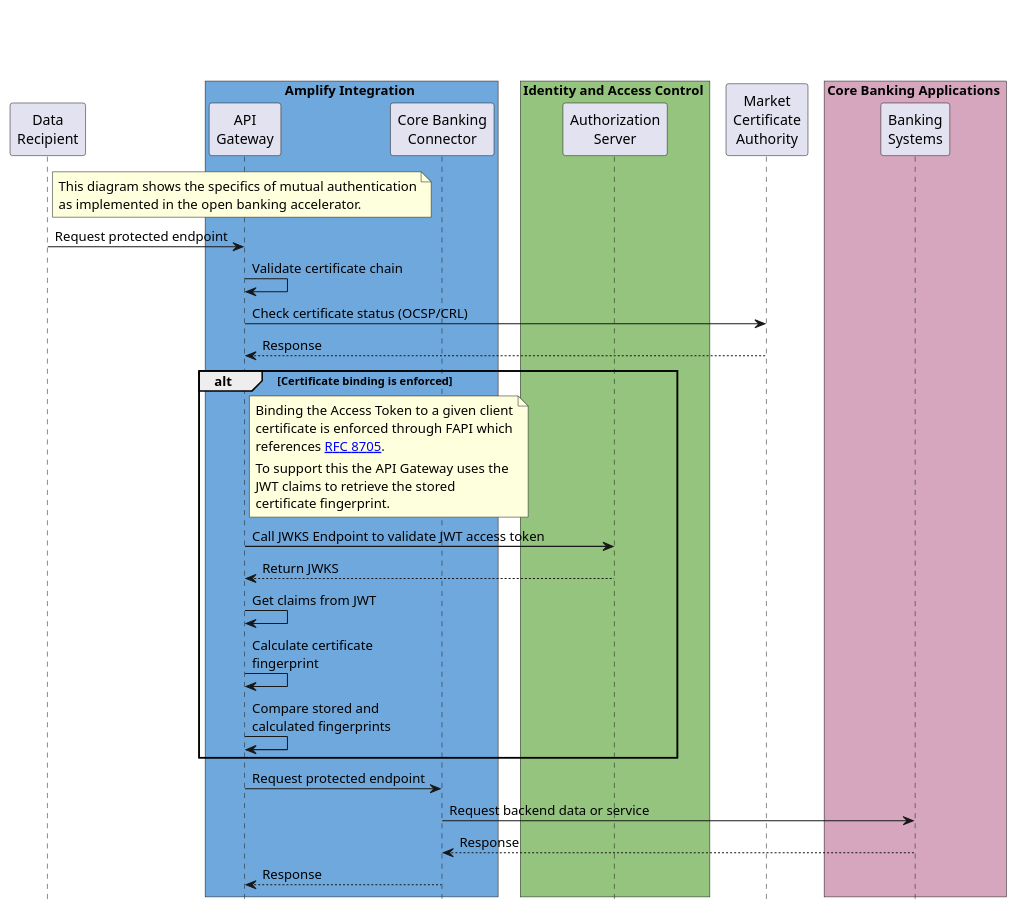
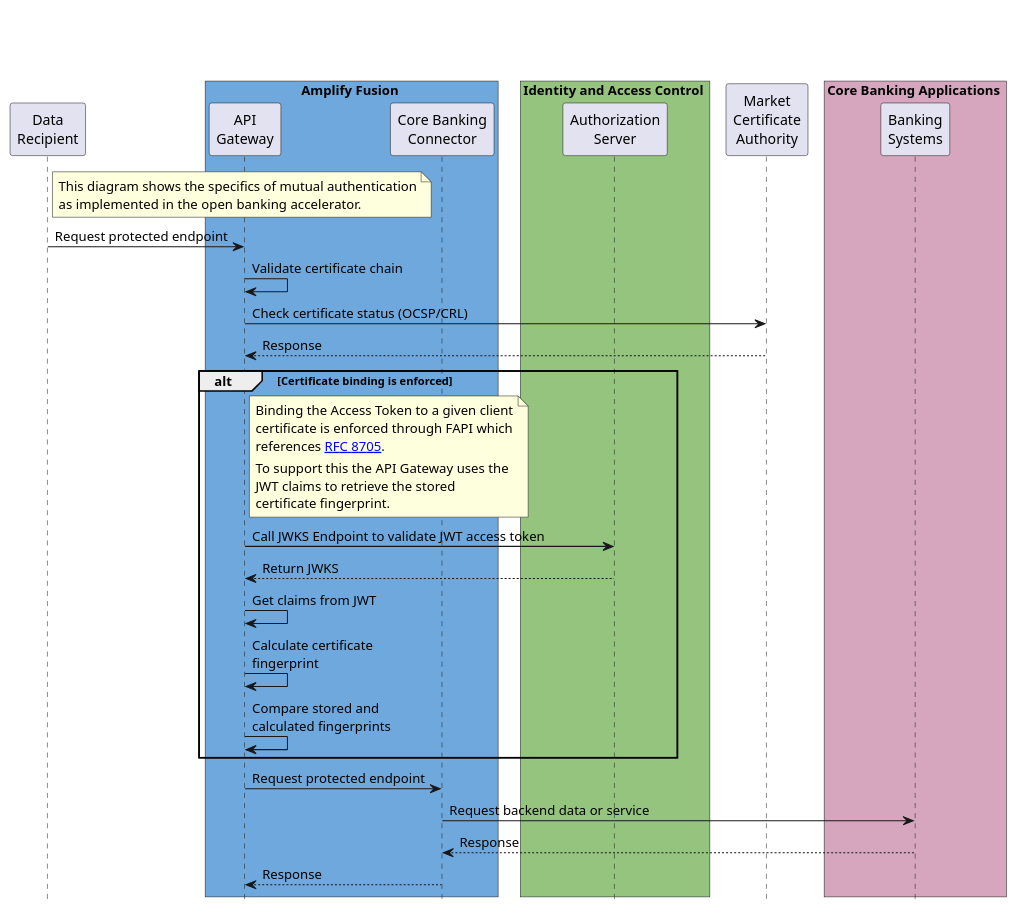
Before and after one commit to Axway/open-banking-docs: the diagram in src/plant-uml/mtls-termination-verification.puml, drawn with PlantUML. The commit also changed 6 other files, not shown here.

Commit message:
Rename Amplify Integration and Amplify Marketplace (#68)

```diff
--- a/src/plant-uml/mtls-termination-verification.puml
+++ b/src/plant-uml/mtls-termination-verification.puml
@@ -1,61 +1,61 @@
 @startuml Mutual_Authentication_Sequence
 
 title \n\n
 
 participant "Data\nRecipient" as DR
 
-box Amplify Integration #6FA8DC
+box Amplify Fusion #6FA8DC
 participant "API\nGateway" as API_GATEWAY
 participant "Core Banking\nConnector" as CBC
 end box
 
 box Identity and Access Control #94c47d
 participant "Authorization\nServer" as IAM
 end box
 
 participant "Market\nCertificate\nAuthority" as CA
 ' participant "JSON Web\nKey Set" as OBD_JWKS
 
 box Core Banking Applications #d5a6bd
 participant "Banking\nSystems" as ASPSP_API
 end box
 
 hide footbox
 'skinparam defaultFontName Roboto
 skinparam BoxPadding 10
 
 note right of DR
 This diagram shows the specifics of mutual authentication
 as implemented in the open banking accelerator.
 end note
 
 DR -> API_GATEWAY: Request protected endpoint
 API_GATEWAY -> API_GATEWAY: Validate certificate chain
 API_GATEWAY -> CA: Check certificate status (OCSP/CRL)
 API_GATEWAY <-- CA: Response
 
 alt Certificate binding is enforced
 
 note right of API_GATEWAY
 Binding the Access Token to a given client
 certificate is enforced through FAPI which
 references [[https://datatracker.ietf.org/doc/html/rfc8705 RFC 8705]].
 |||
 To support this the API Gateway uses the
 JWT claims to retrieve the stored 
 certificate fingerprint.
 end note
 
 API_GATEWAY -> IAM: Call JWKS Endpoint to validate JWT access token
 API_GATEWAY <-- IAM: Return JWKS
 API_GATEWAY -> API_GATEWAY: Get claims from JWT
 API_GATEWAY -> API_GATEWAY: Calculate certificate\nfingerprint
 API_GATEWAY -> API_GATEWAY: Compare stored and\ncalculated fingerprints
 end alt
 
 API_GATEWAY -> CBC: Request protected endpoint
 CBC -> ASPSP_API: Request backend data or service
 CBC <-- ASPSP_API: Response
 API_GATEWAY <-- CBC: Response
 
 @enduml
```
